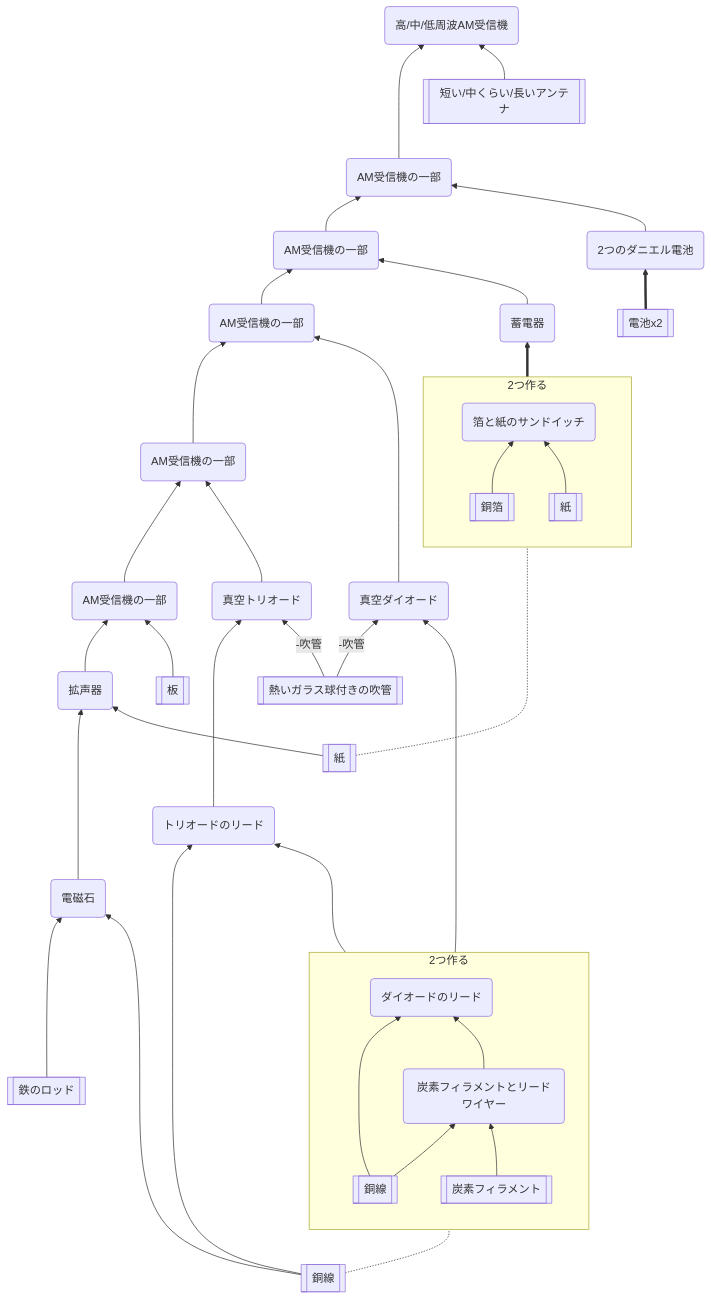
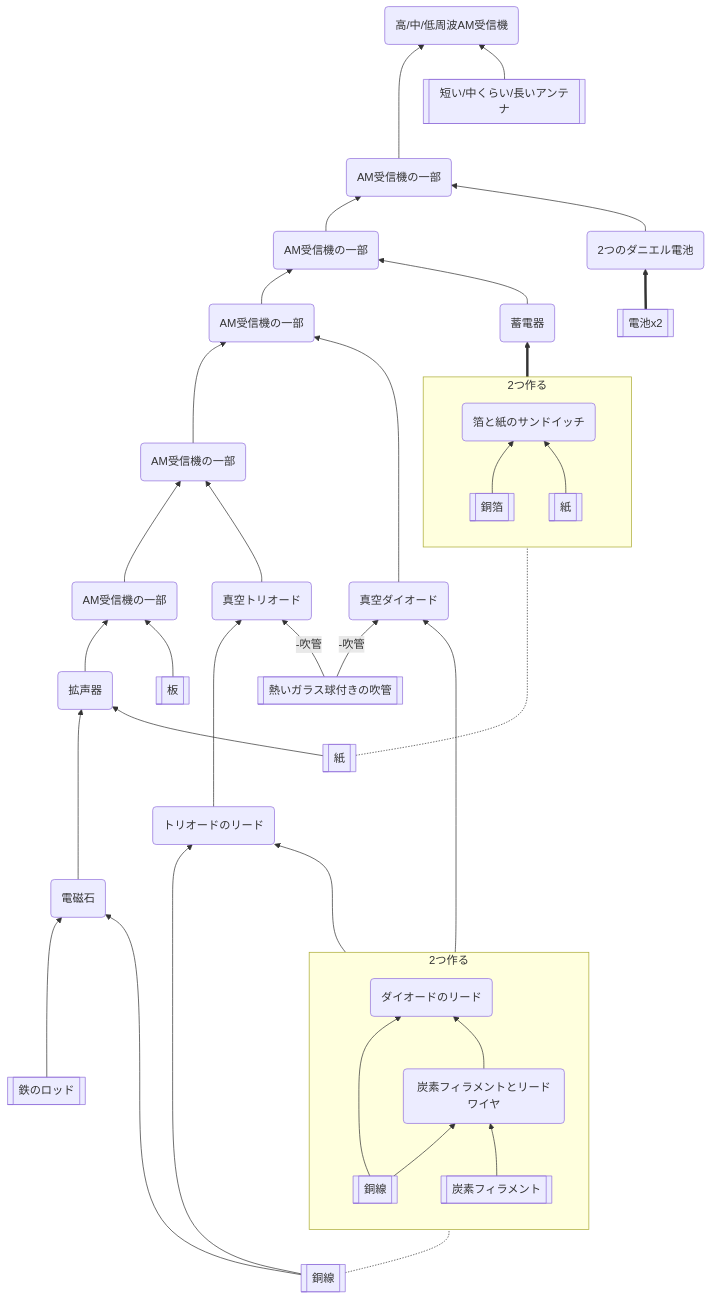
The diagram in AM-receiver.md (aya-0p/yah-craft-recipe), drawn with Mermaid before and after one commit.

````diff
--- a/AM-receiver.md
+++ b/AM-receiver.md
@@ -2,59 +2,59 @@
 ```mermaid
 flowchart BT
 aa[[鉄のロッド]]
 ab[[銅線]]
 ac[[紙]]
 ad[[板]]
 ae[[炭素フィラメント]]
 af[[熱いガラス球付きの吹管]]
 ag[[銅箔]]
 ah[[紙]]
 ai[[電池x2]]
 ac -.- ah
 aj[[短い/中くらい/長いアンテナ]]
 
 aa --> ba(電磁石)
 ab --> ba
 ba ----> bb(拡声器)
 ac --> bb
 bb --> bc(AM受信機の一部)
 ad --> bc
 
 subgraph x [2つ作る]
 direction BT
 xa[[銅線]]
-xa --> ca(炭素フィラメントとリードワイヤー)
+xa --> ca(炭素フィラメントとリードワイヤ)
 ae --> ca
 xa --> cb(ダイオードのリード)
 ca --> cb
 end
 ab -.- xa
 
 x ---> da(トリオードのリード)
 ab ---> da
 da ----> db(真空トリオード)
 af -->|"-吹管"| db
 bc --> de(AM受信機の一部)
 db --> de
 x ---> df(真空ダイオード)
 af -->|"-吹管"| df
 de --> dg(AM受信機の一部)
 df --> dg
 
 subgraph y [2つ作る]
 direction BT
 ag --> ea(箔と紙のサンドイッチ)
 ah --> ea
 end
 y ==> eb(蓄電器)
 
 dg --> fa(AM受信機の一部)
 eb --> fa
 
 ai ==> fb(2つのダニエル電池)
 fa --> fc(AM受信機の一部)
 fb --> fc
 
 fc ---> fd(高/中/低周波AM受信機)
 aj --> fd
 ```
````
